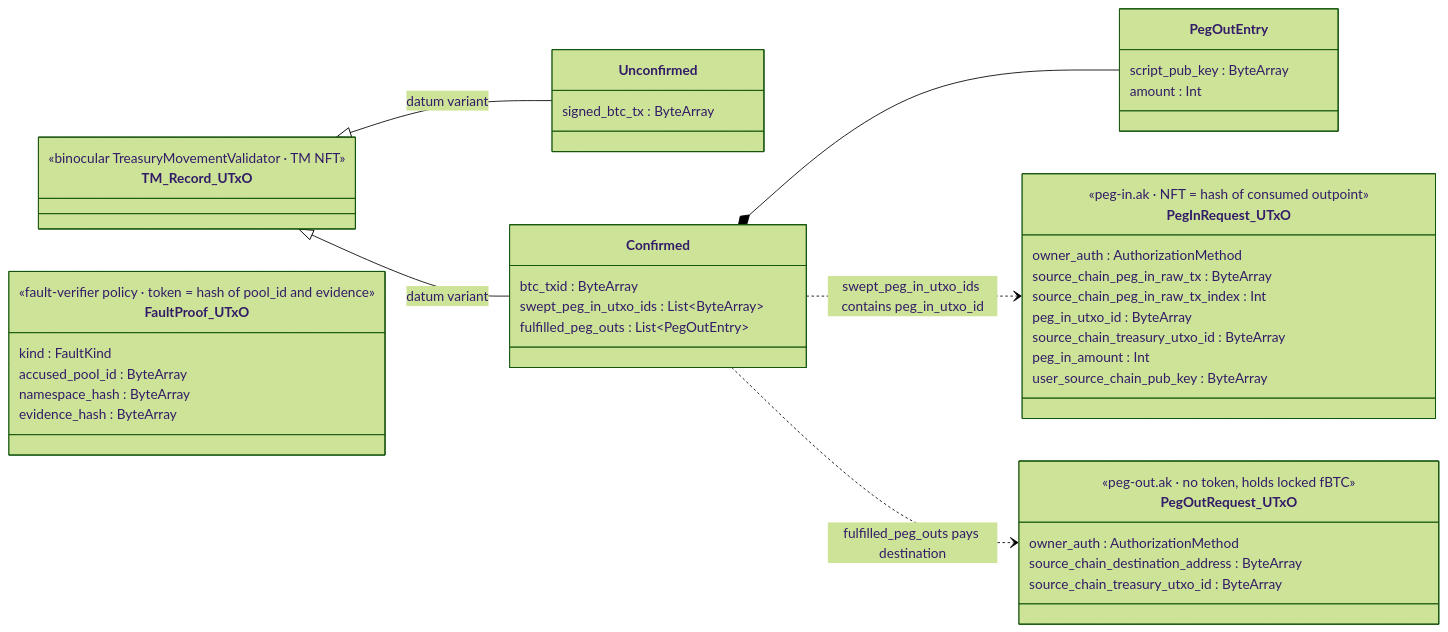
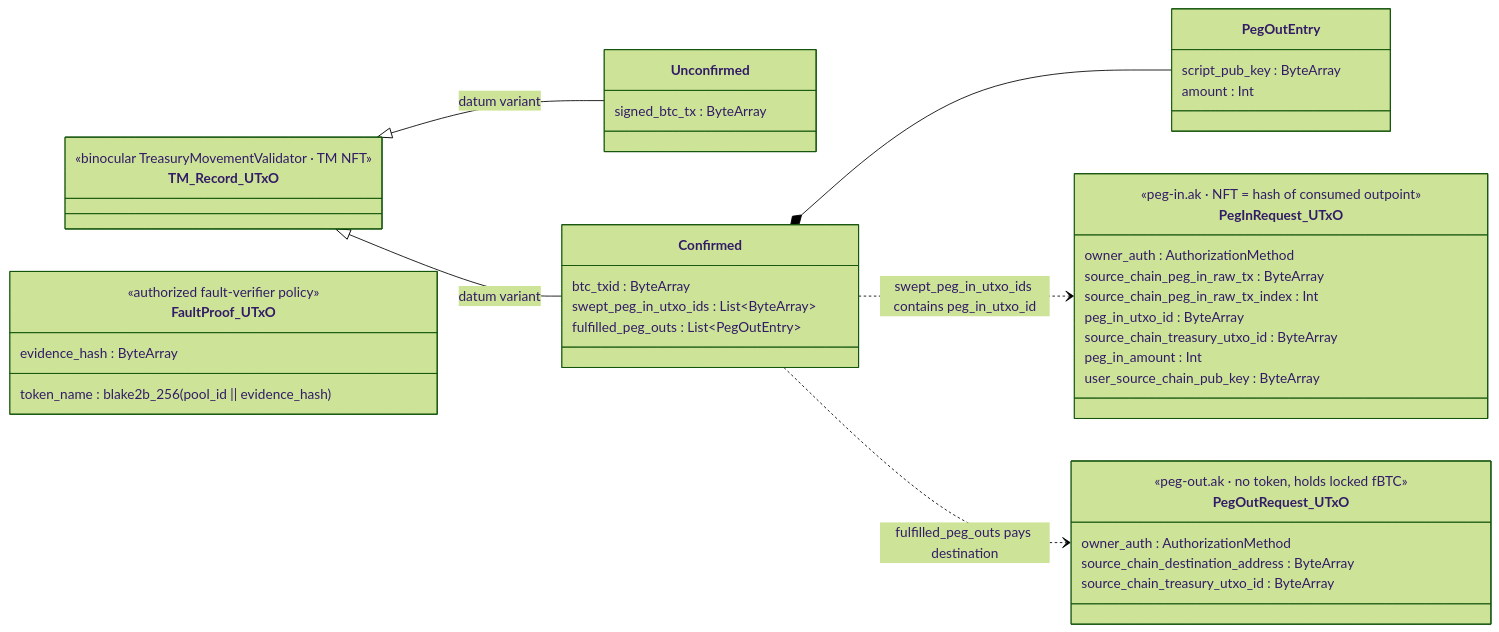
One commit to FluidTokens/ft-bifrost-bridge changed the third of 19 diagrams in documentation/technical_documentation.md. Above: the diagram before and after it, drawn with Mermaid (forest theme). The commit also changed other lines of this file and 9 other files, not shown here.

Commit message:
Replace fault verifier contract shape

````diff
--- a/documentation/technical_documentation.md
+++ b/documentation/technical_documentation.md
@@ -529,52 +529,50 @@
 ```mermaid
 classDiagram
     direction LR
 
     class PegInRequest_UTxO {
         <<peg-in.ak · NFT = hash of consumed outpoint>>
         owner_auth : AuthorizationMethod
         source_chain_peg_in_raw_tx : ByteArray
         source_chain_peg_in_raw_tx_index : Int
         peg_in_utxo_id : ByteArray
         source_chain_treasury_utxo_id : ByteArray
         peg_in_amount : Int
         user_source_chain_pub_key : ByteArray
     }
 
     class PegOutRequest_UTxO {
         <<peg-out.ak · no token, holds locked fBTC>>
         owner_auth : AuthorizationMethod
         source_chain_destination_address : ByteArray
         source_chain_treasury_utxo_id : ByteArray
     }
 
     class TM_Record_UTxO {
         <<binocular TreasuryMovementValidator · TM NFT>>
     }
     class Unconfirmed {
         signed_btc_tx : ByteArray
     }
     class Confirmed {
         btc_txid : ByteArray
         swept_peg_in_utxo_ids : List~ByteArray~
         fulfilled_peg_outs : List~PegOutEntry~
     }
     class PegOutEntry {
         script_pub_key : ByteArray
         amount : Int
     }
     TM_Record_UTxO <|-- Unconfirmed : datum variant
     TM_Record_UTxO <|-- Confirmed : datum variant
     Confirmed *-- PegOutEntry
 
     class FaultProof_UTxO {
-        <<fault-verifier policy · token = hash of pool_id and evidence>>
-        kind : FaultKind
-        accused_pool_id : ByteArray
-        namespace_hash : ByteArray
+        <<authorized fault-verifier policy>>
+        token_name : blake2b_256(pool_id || evidence_hash)
         evidence_hash : ByteArray
     }
 
     Confirmed ..> PegInRequest_UTxO : swept_peg_in_utxo_ids contains peg_in_utxo_id
     Confirmed ..> PegOutRequest_UTxO : fulfilled_peg_outs pays destination
 ```
````
